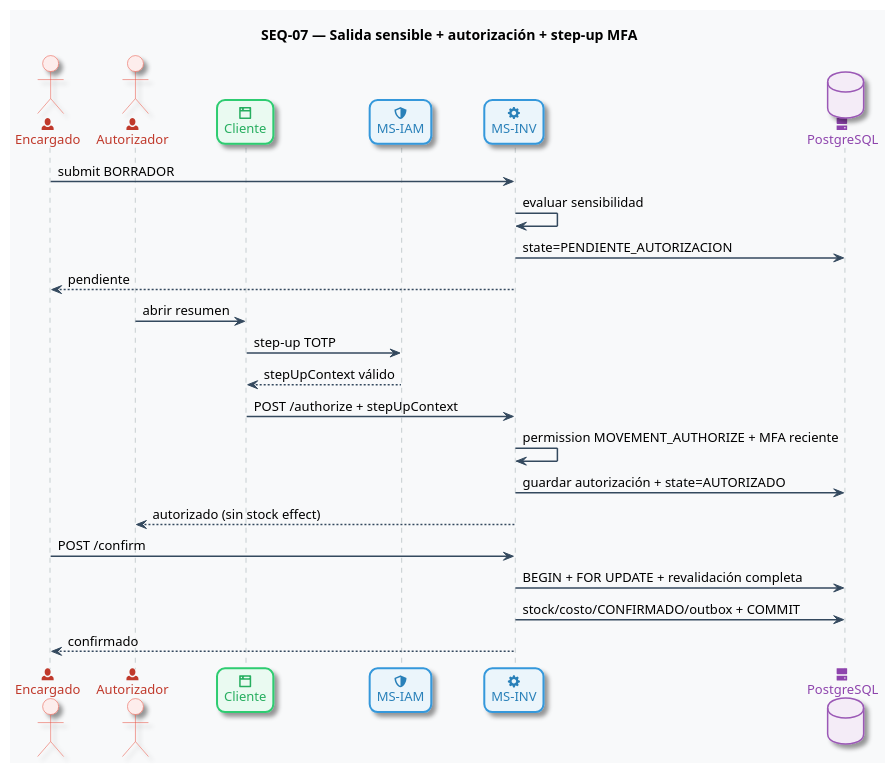
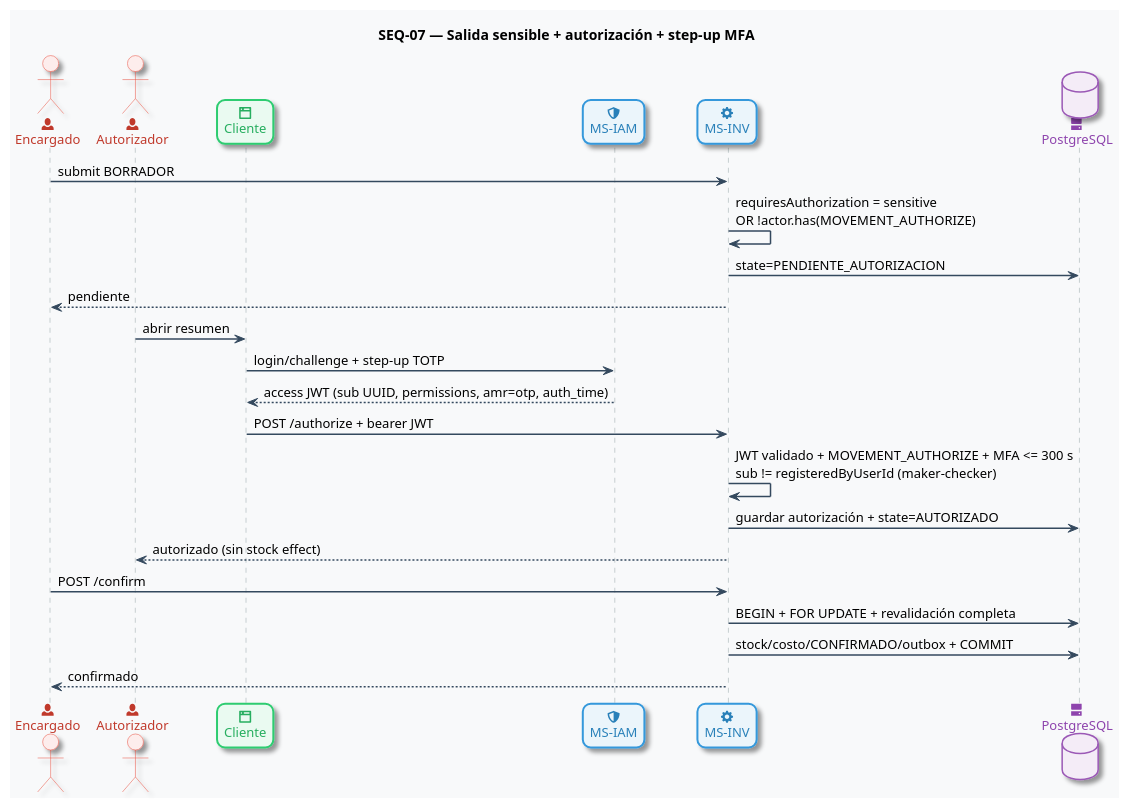
The diagram in SIGA_Documentacion_Tecnica_Final_v1.2/diagramas/secuencia/SEQ_07_Salida_Sensible_Autorizacion.puml (Emma3TC-main/siga-documentation), drawn with PlantUML before and after one commit. The commit also changed 40 other files, not shown here.

```diff
--- a/SIGA_Documentacion_Tecnica_Final_v1.2/diagramas/secuencia/SEQ_07_Salida_Sensible_Autorizacion.puml
+++ b/SIGA_Documentacion_Tecnica_Final_v1.2/diagramas/secuencia/SEQ_07_Salida_Sensible_Autorizacion.puml
@@ -1,82 +1,82 @@
 @startuml
 title SEQ-07 — Salida sensible + autorización + step-up MFA
 
 ' --- Configuración visual (Skinparams) Mejorada ---
 skinparam shadowing true
 skinparam roundcorner 16
 skinparam defaultFontName "Segoe UI", Helvetica, Arial, sans-serif
 skinparam defaultFontSize 13
 skinparam BackgroundColor #F8F9FA
 
 ' Ocultar las etiquetas de los estereotipos para mantener un diseño limpio
 hide stereotype
 
 ' --- Estilos base para Secuencia ---
 skinparam sequence {
   ArrowColor #34495E
   ArrowThickness 1.5
   LifeLineBorderColor #95A5A6
   LifeLineBackgroundColor #ECF0F1
   
   ParticipantBorderThickness 2
   ParticipantPadding 20
   
   ' Estilos de Grupos (alt/else)
   GroupHeaderFontColor #2C3E50
   GroupHeaderBackgroundColor #EAECEE
   GroupBorderColor #ABB2B9
   GroupBorderThickness 1.5
   GroupBackgroundColor #FFFFFF
 }
 
 ' --- Paleta de Colores Diferenciada por Componente ---
 skinparam actor {
   BackgroundColor<<User>> #FDEDEC
   BorderColor<<User>> #E74C3C
   FontColor<<User>> #C0392B
 }
 skinparam participant {
   BackgroundColor<<Client>> #EAFAF1
   BorderColor<<Client>> #2ECC71
   FontColor<<Client>> #27AE60
 
   BackgroundColor<<Microservice>> #EBF5FB
   BorderColor<<Microservice>> #3498DB
   FontColor<<Microservice>> #2980B9
 }
 skinparam database {
   BackgroundColor<<RDBMS>> #F4ECF7
   BorderColor<<RDBMS>> #9B59B6
   FontColor<<RDBMS>> #8E44AD
 }
 skinparam note {
   BackgroundColor #FFF7D6
   BorderColor #A16207
   FontColor #2C3E50
 }
 
 ' --- Declaración de Participantes con Iconos y Estereotipos ---
 actor "<size:18><&person></size>\nEncargado" as Encargado <<User>>
 actor "<size:18><&person></size>\nAutorizador" as Autorizador <<User>>
 participant "<size:18><&browser></size>\nCliente" as Cliente <<Client>>
 participant "<size:18><&shield></size>\nMS-IAM" as IAM <<Microservice>>
 participant "<size:18><&cog></size>\nMS-INV" as INV <<Microservice>>
 database "<size:18><&hard-drive></size>\nPostgreSQL" as DB <<RDBMS>>
 
 ' --- Lógica y Contenido Original ---
 Encargado -> INV : submit BORRADOR
-INV -> INV : evaluar sensibilidad
+INV -> INV : requiresAuthorization = sensitive\nOR !actor.has(MOVEMENT_AUTHORIZE)
 INV -> DB : state=PENDIENTE_AUTORIZACION
 INV --> Encargado : pendiente
 Autorizador -> Cliente : abrir resumen
-Cliente -> IAM : step-up TOTP
-IAM --> Cliente : stepUpContext válido
-Cliente -> INV : POST /authorize + stepUpContext
-INV -> INV : permission MOVEMENT_AUTHORIZE + MFA reciente
+Cliente -> IAM : login/challenge + step-up TOTP
+IAM --> Cliente : access JWT (sub UUID, permissions, amr=otp, auth_time)
+Cliente -> INV : POST /authorize + bearer JWT
+INV -> INV : JWT validado + MOVEMENT_AUTHORIZE + MFA <= 300 s\nsub != registeredByUserId (maker-checker)
 INV -> DB : guardar autorización + state=AUTORIZADO
 INV --> Autorizador : autorizado (sin stock effect)
 Encargado -> INV : POST /confirm
 INV -> DB : BEGIN + FOR UPDATE + revalidación completa
 INV -> DB : stock/costo/CONFIRMADO/outbox + COMMIT
 INV --> Encargado : confirmado
 @enduml
```
